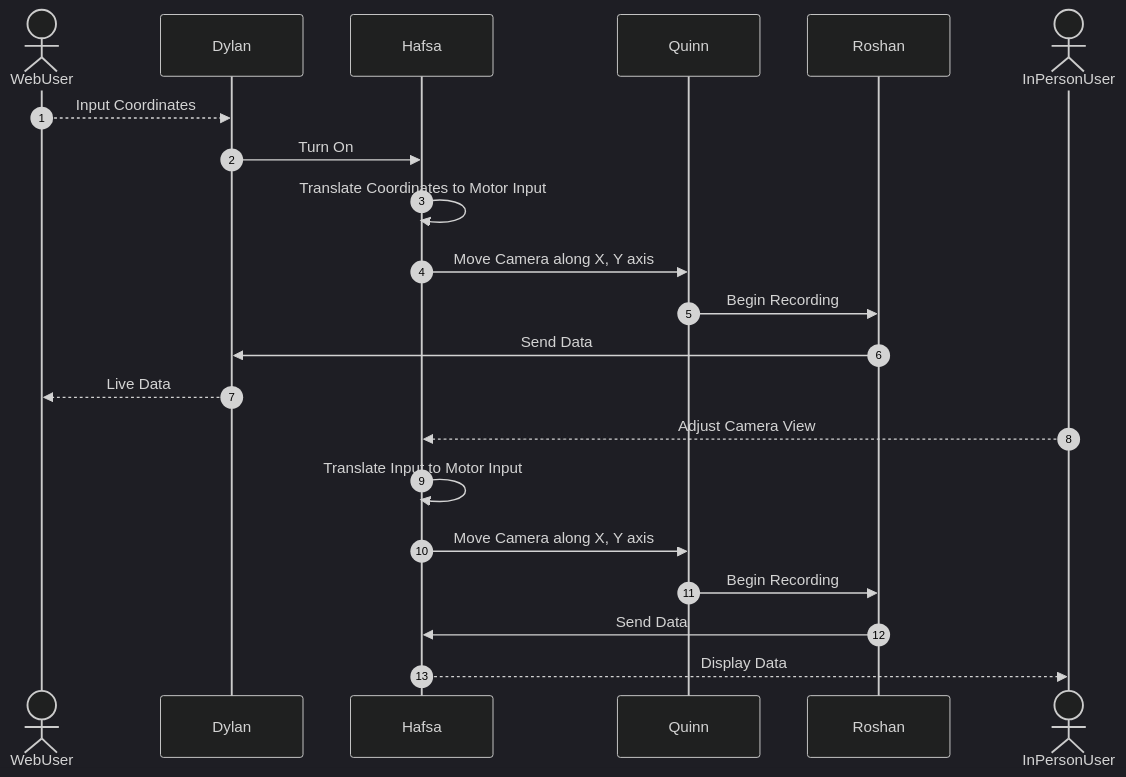
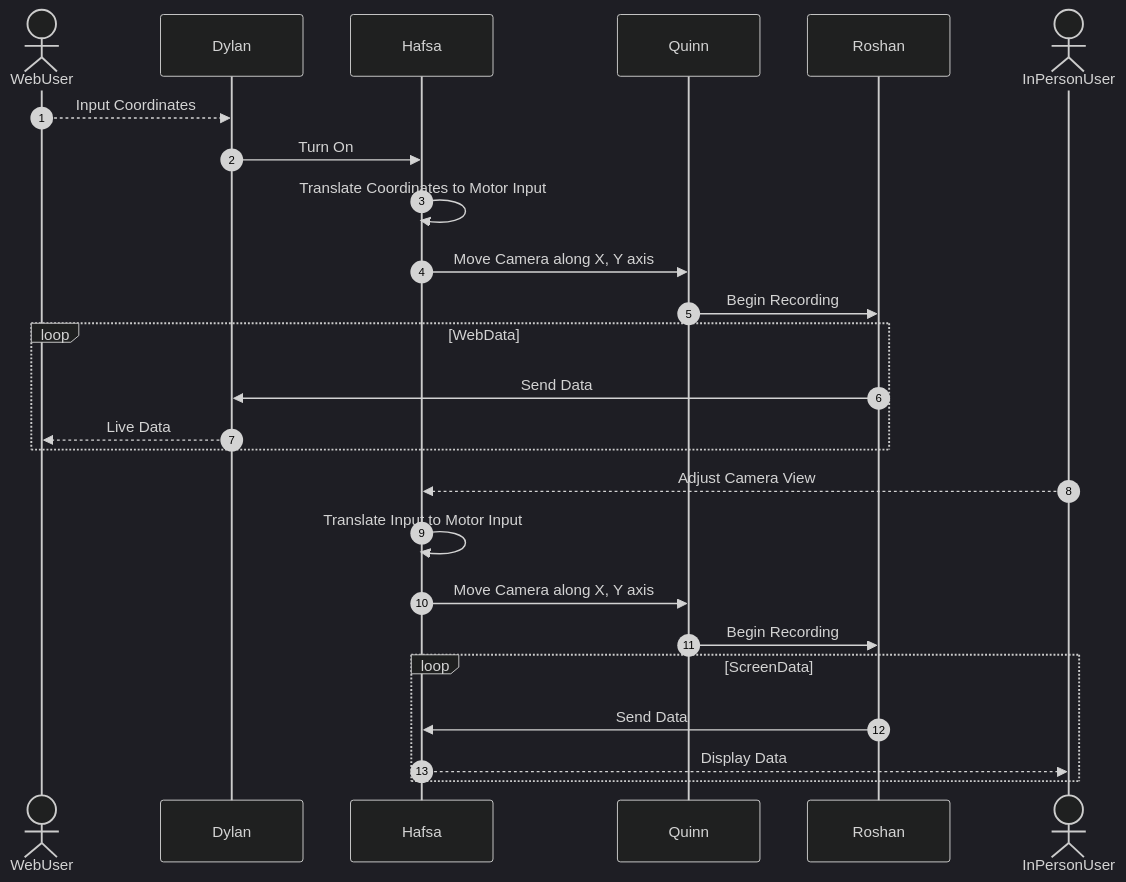
One commit to EGR314-S-2026-304/EGR314-S-2026-304.github.io changed the diagram in docs/04-Team-Diagram.md. Above: the diagram before and after it, drawn with Mermaid (dark theme).

````diff
--- a/docs/04-Team-Diagram.md
+++ b/docs/04-Team-Diagram.md
@@ -11,19 +11,23 @@
 ``` mermaid
 sequenceDiagram
   autonumber
   actor WebUser
   WebUser-->>Dylan: Input Coordinates
   Dylan->>Hafsa: Turn On
   Hafsa->>Hafsa: Translate Coordinates to Motor Input
   Hafsa->>Quinn: Move Camera along X, Y axis
   Quinn->>Roshan: Begin Recording
-  Roshan->>Dylan: Send Data
-  Dylan-->>WebUser: Live Data
+  loop WebData
+    Roshan->>Dylan: Send Data
+    Dylan-->>WebUser: Live Data
+  end
   actor InPersonUser
   InPersonUser-->>Hafsa: Adjust Camera View
   Hafsa->>Hafsa: Translate Input to Motor Input
   Hafsa->>Quinn: Move Camera along X, Y axis
   Quinn->>Roshan: Begin Recording
-  Roshan->>Hafsa: Send Data
-  Hafsa-->>InPersonUser: Display Data
+  loop ScreenData
+    Roshan->>Hafsa: Send Data
+    Hafsa-->>InPersonUser: Display Data
+  end
 ```
````
